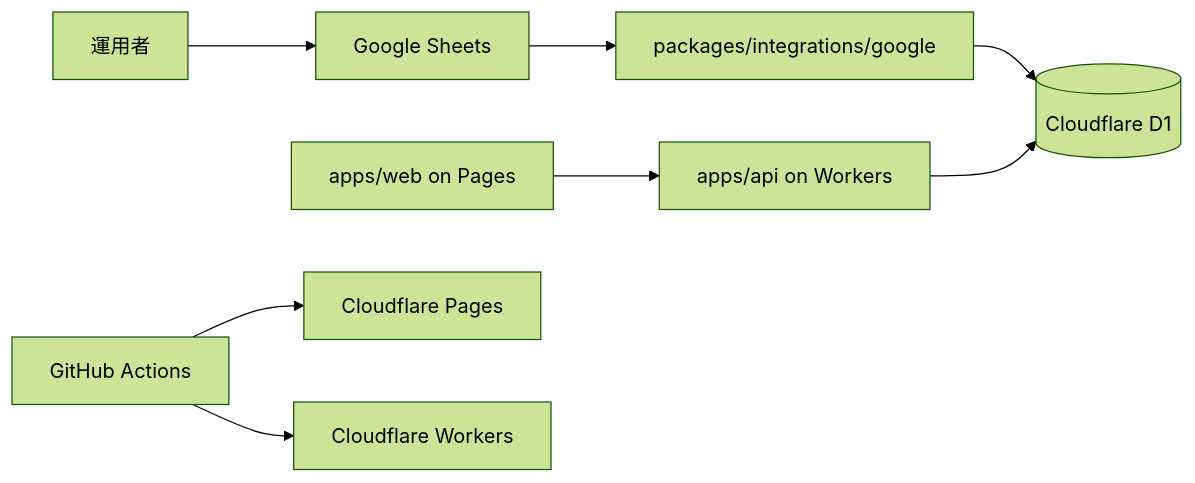
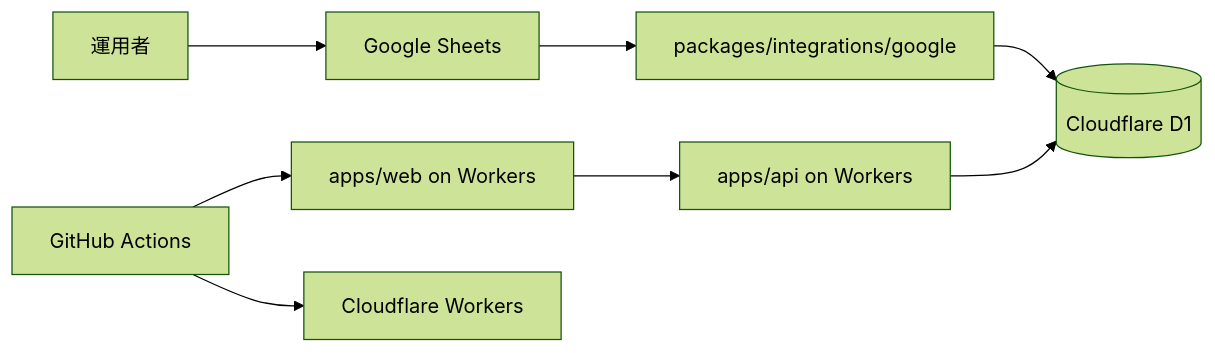
The diagram in doc/01-infrastructure-setup/README.md (daishiman/UBM-Hyogo), drawn with Mermaid (forest theme) before and after one commit. The commit also changed other lines of this file and 106 other files, not shown here.

````diff
--- a/doc/01-infrastructure-setup/README.md
+++ b/doc/01-infrastructure-setup/README.md
@@ -61,10 +61,10 @@
 ```mermaid
 graph LR
   U[運用者] --> S[Google Sheets]
   S --> I[packages/integrations/google]
   I --> D[(Cloudflare D1)]
-  W[apps/web on Pages] --> A[apps/api on Workers]
+  W[apps/web on Workers] --> A[apps/api on Workers]
   A --> D
-  G[GitHub Actions] --> P[Cloudflare Pages]
+  G[GitHub Actions] --> W
   G --> K[Cloudflare Workers]
 ```
````
